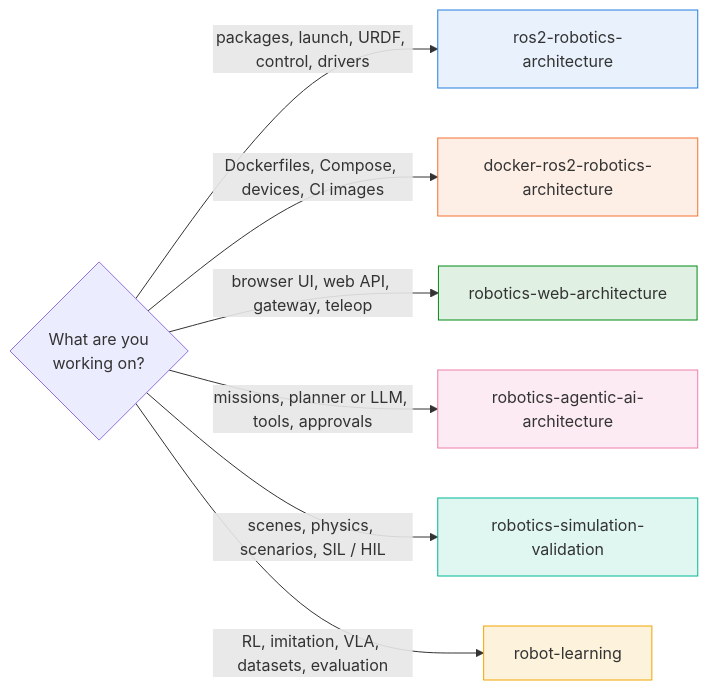
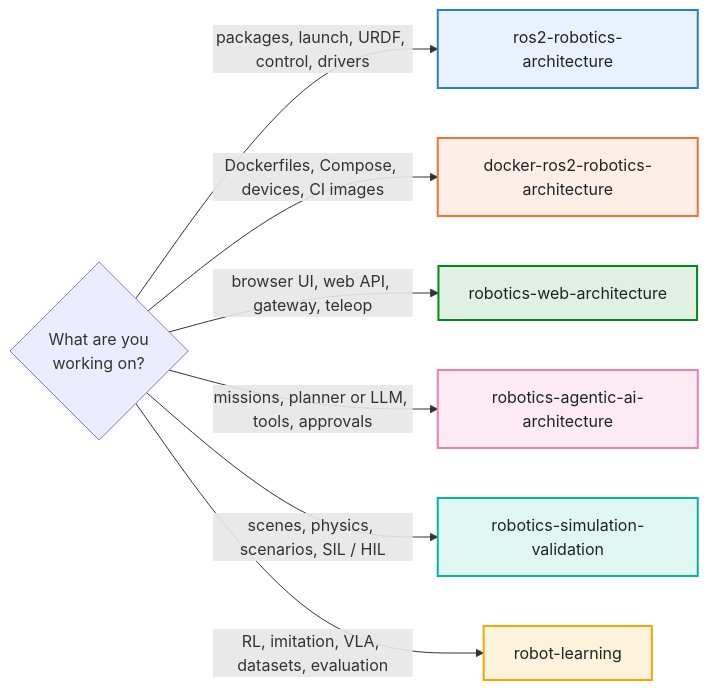
One commit to issaiass/robotics-architecture-skills changed the diagram in README.md. Above: the diagram before and after it, drawn with Mermaid.

Commit message:
better view of the figure that display the skills

````diff
--- a/README.md
+++ b/README.md
@@ -281,16 +281,16 @@
 ```mermaid
 flowchart LR
     Q{"What are you<br/>working on?"}
     Q -->|"packages, launch, URDF, control, drivers"| R["ros2-robotics-architecture"]
     Q -->|"Dockerfiles, Compose, devices, CI images"| D["docker-ros2-robotics-architecture"]
     Q -->|"browser UI, web API, gateway, teleop"| W["robotics-web-architecture"]
     Q -->|"missions, planner or LLM, tools, approvals"| A["robotics-agentic-ai-architecture"]
     Q -->|"scenes, physics, scenarios, SIL / HIL"| S["robotics-simulation-validation"]
     Q -->|"RL, imitation, VLA, datasets, evaluation"| L["robot-learning"]
-    style R fill:#e8f1fc,stroke:#257de0
-    style D fill:#fdeee6,stroke:#f47230
-    style W fill:#e0f1e3,stroke:#008a17
-    style A fill:#fcebf2,stroke:#ee7fac
-    style S fill:#e0f7f1,stroke:#00b894
-    style L fill:#fdf3dc,stroke:#f2a600
+    style R fill:#e8f1fc,stroke:#257de0,stroke-width:2px,color:#1f2328
+    style D fill:#fdeee6,stroke:#f47230,stroke-width:2px,color:#1f2328
+    style W fill:#e0f1e3,stroke:#008a17,stroke-width:2px,color:#1f2328
+    style A fill:#fcebf2,stroke:#ee7fac,stroke-width:2px,color:#1f2328
+    style S fill:#e0f7f1,stroke:#00b894,stroke-width:2px,color:#1f2328
+    style L fill:#fdf3dc,stroke:#f2a600,stroke-width:2px,color:#1f2328
 ```
````
